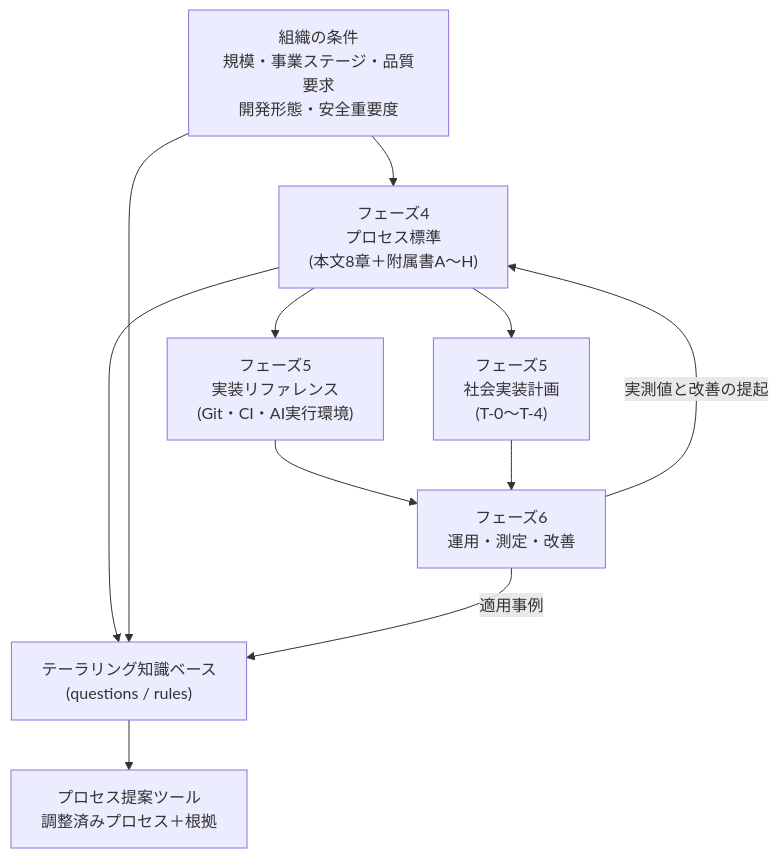
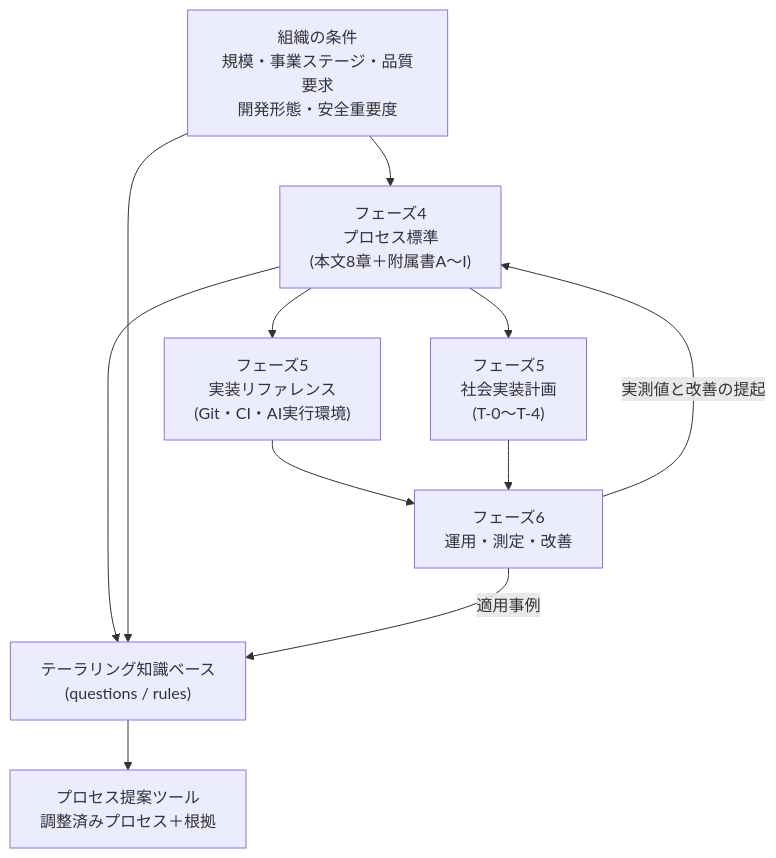
The first of 2 diagrams in src/content/docs/vision/04-traceability.md (Takenori-Kusaka/process-compass), drawn with Mermaid before and after one commit. The commit also changed other lines of this file and 47 other files, not shown here.

````diff
--- a/src/content/docs/vision/04-traceability.md
+++ b/src/content/docs/vision/04-traceability.md
@@ -12,13 +12,13 @@
 ```mermaid
 graph TD
-  IN["組織の条件<br>規模・事業ステージ・品質要求<br>開発形態・安全重要度"] --> P4["フェーズ4<br>プロセス標準<br>(本文8章＋附属書A〜H)"]
+  IN["組織の条件<br>規模・事業ステージ・品質要求<br>開発形態・安全重要度"] --> P4["フェーズ4<br>プロセス標準<br>(本文8章＋附属書A〜I)"]
   P4 --> P5A["フェーズ5<br>実装リファレンス<br>(Git・CI・AI実行環境)"]
   P4 --> P5B["フェーズ5<br>社会実装計画<br>(T-0〜T-4)"]
   P5A --> P6["フェーズ6<br>運用・測定・改善"]
   P5B --> P6
   P6 -->|実測値と改善の提起| P4
   P4 --> KB["テーラリング知識ベース<br>(questions / rules)"]
   IN --> KB
   KB --> TOOL["プロセス提案ツール<br>調整済みプロセス＋根拠"]
   P6 -->|適用事例| KB
 ```
````
